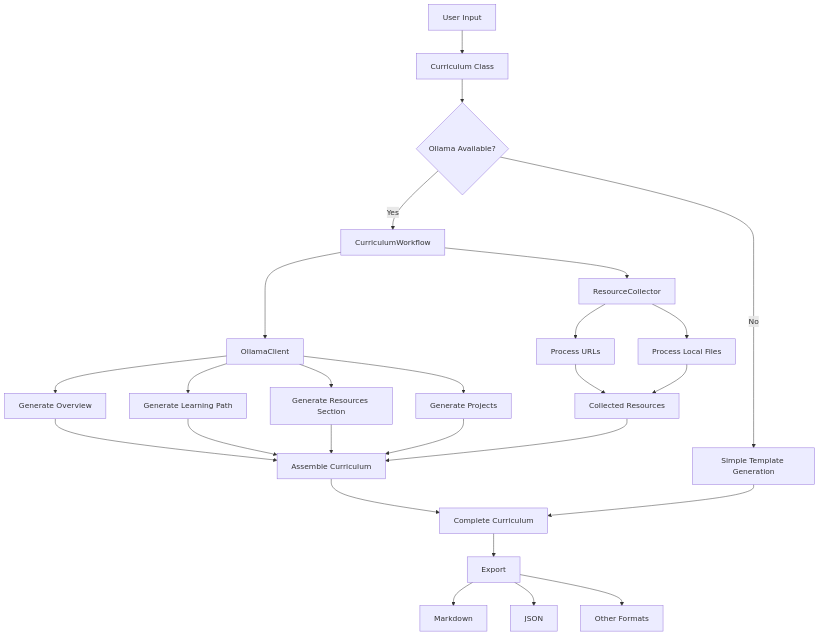
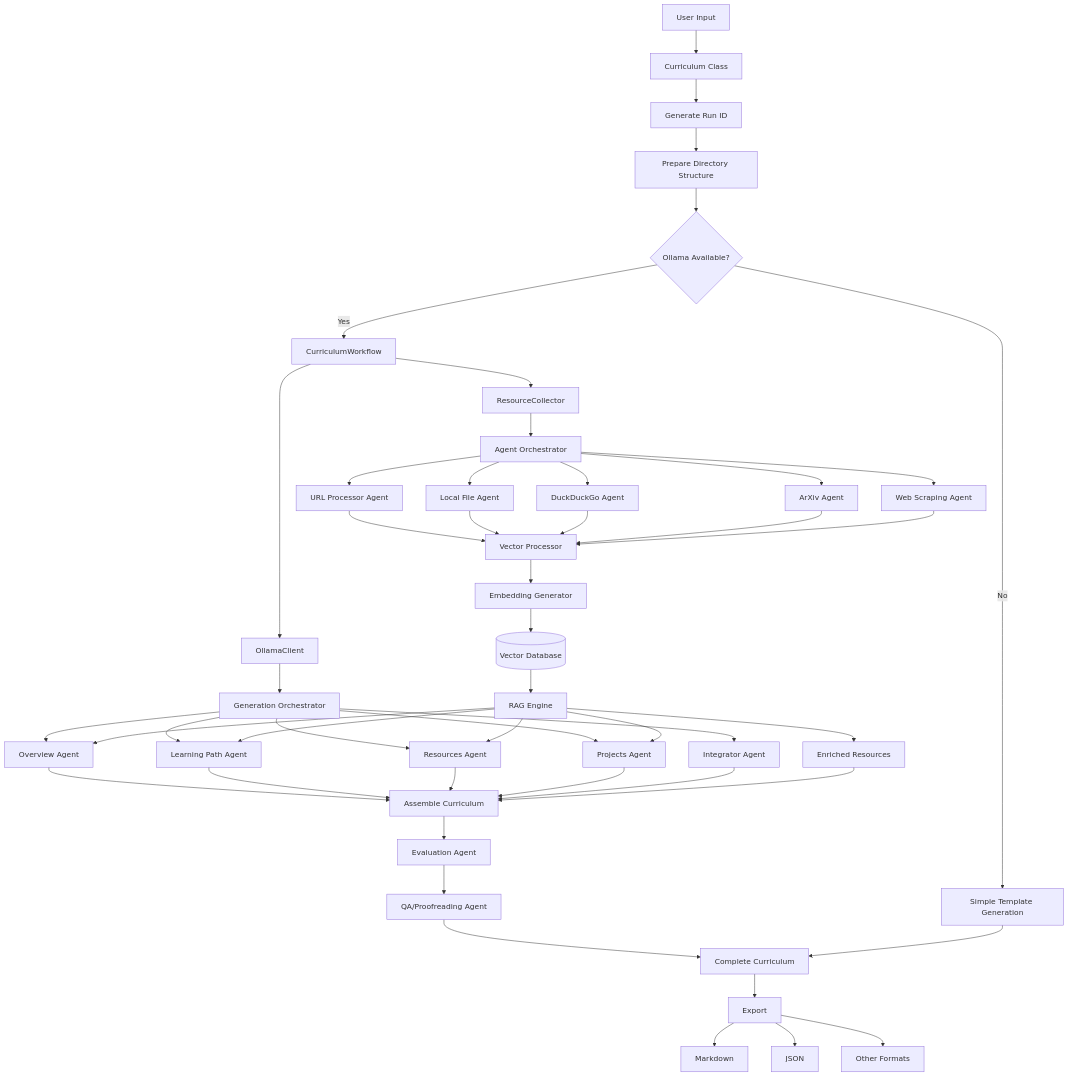
Before and after one commit to Ollama-Agent-Roll-Cage/oarc-osyllabi: the diagram in docs/curriculum_generation_workflow.md, drawn with Mermaid. The commit also changed other lines of this file and 2 other files, not shown here.

Commit message:
Add implementation plan for Retrieval-Augmented Generation (RAG) capability

````diff
--- a/docs/curriculum_generation_workflow.md
+++ b/docs/curriculum_generation_workflow.md
@@ -7,35 +7,68 @@
 ```mermaid
 flowchart TD
+    %% Main flow
     A[User Input] --> B[Curriculum Class]
-    B --> C{Ollama Available?}
+    B --> RunID[Generate Run ID]
+    RunID --> PrepDir[Prepare Directory Structure]
+    PrepDir --> C{Ollama Available?}
     
     C -->|Yes| D[CurriculumWorkflow]
     C -->|No| E[Simple Template Generation]
     
     D --> F[OllamaClient]
     D --> G[ResourceCollector]
     
-    G --> G1[Process URLs]
-    G --> G2[Process Local Files]
-    G1 --> G3[Collected Resources]
-    G2 --> G3
+    %% Resource Collection
+    G --> G0[Agent Orchestrator]
+    G0 --> G1[URL Processor Agent]
+    G0 --> G2[Local File Agent]
+    G0 --> G3[DuckDuckGo Agent]
+    G0 --> G4[ArXiv Agent]
+    G0 --> G5[Web Scraping Agent]
     
-    F --> H1[Generate Overview]
-    F --> H2[Generate Learning Path]
-    F --> H3[Generate Resources Section]
-    F --> H4[Generate Projects]
+    %% Vector Database & RAG
+    G1 --> VecProc[Vector Processor]
+    G2 --> VecProc
+    G3 --> VecProc
+    G4 --> VecProc
+    G5 --> VecProc
+    
+    VecProc --> Embed[Embedding Generator]
+    Embed --> VecDB[(Vector Database)]
+    VecDB --> RAGEngine[RAG Engine]
+    
+    RAGEngine --> Resources[Enriched Resources]
+    
+    %% Content Generation
+    F --> GenOrch[Generation Orchestrator]
+    GenOrch --> H1[Overview Agent]
+    GenOrch --> H2[Learning Path Agent]
+    GenOrch --> H3[Resources Agent]
+    GenOrch --> H4[Projects Agent]
+    GenOrch --> H5[Integrator Agent]
+    
+    %% RAG Integration with generation
+    RAGEngine --> H1
+    RAGEngine --> H2
+    RAGEngine --> H3
+    RAGEngine --> H4
     
     H1 --> I[Assemble Curriculum]
     H2 --> I
     H3 --> I
     H4 --> I
-    G3 --> I
+    H5 --> I
+    Resources --> I
     
-    I --> J[Complete Curriculum]
+    %% Evaluation and Finalization
+    I --> Eval[Evaluation Agent]
+    Eval --> QA[QA/Proofreading Agent]
+    QA --> J[Complete Curriculum]
     E --> J
     
+    %% Export
     J --> K[Export]
     K --> L1[Markdown]
     K --> L2[JSON]
     K --> L3[Other Formats]
 ```
````
